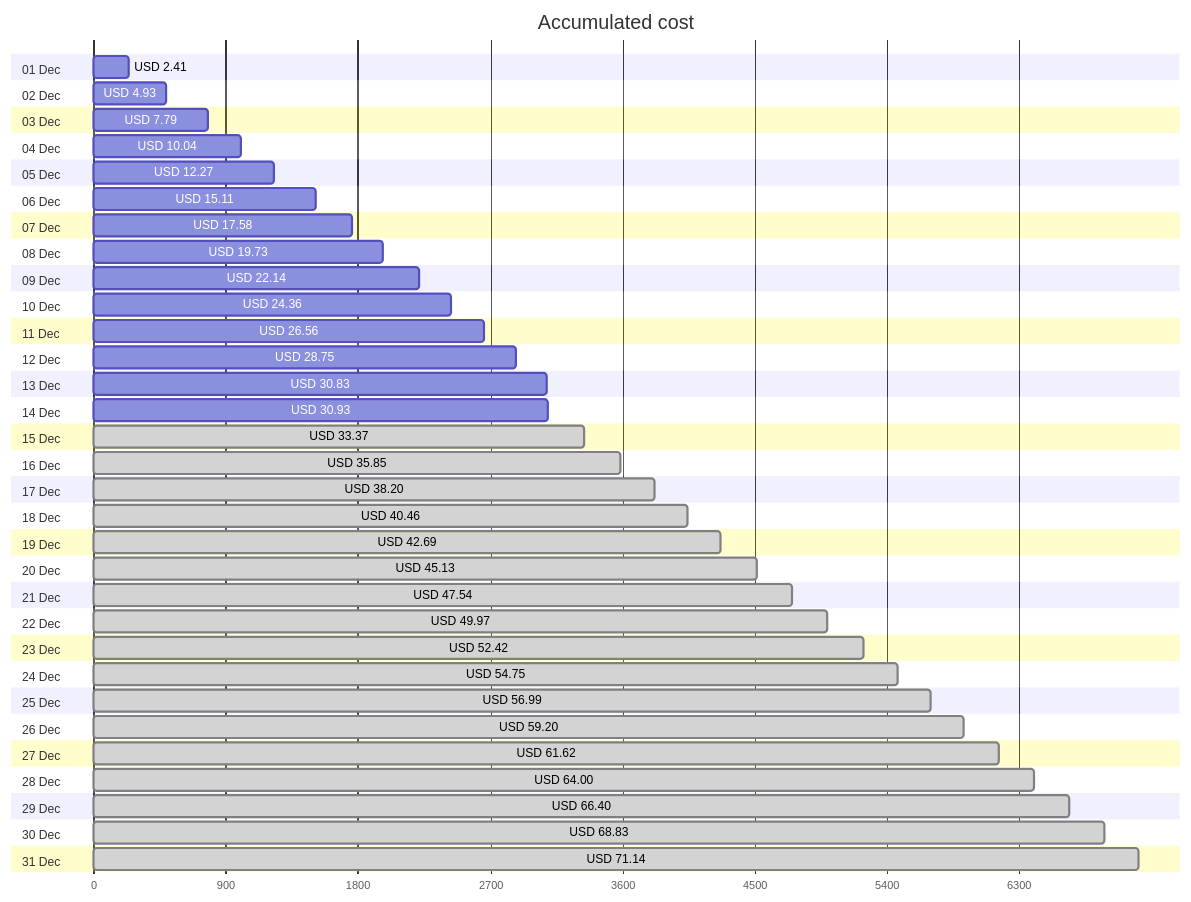
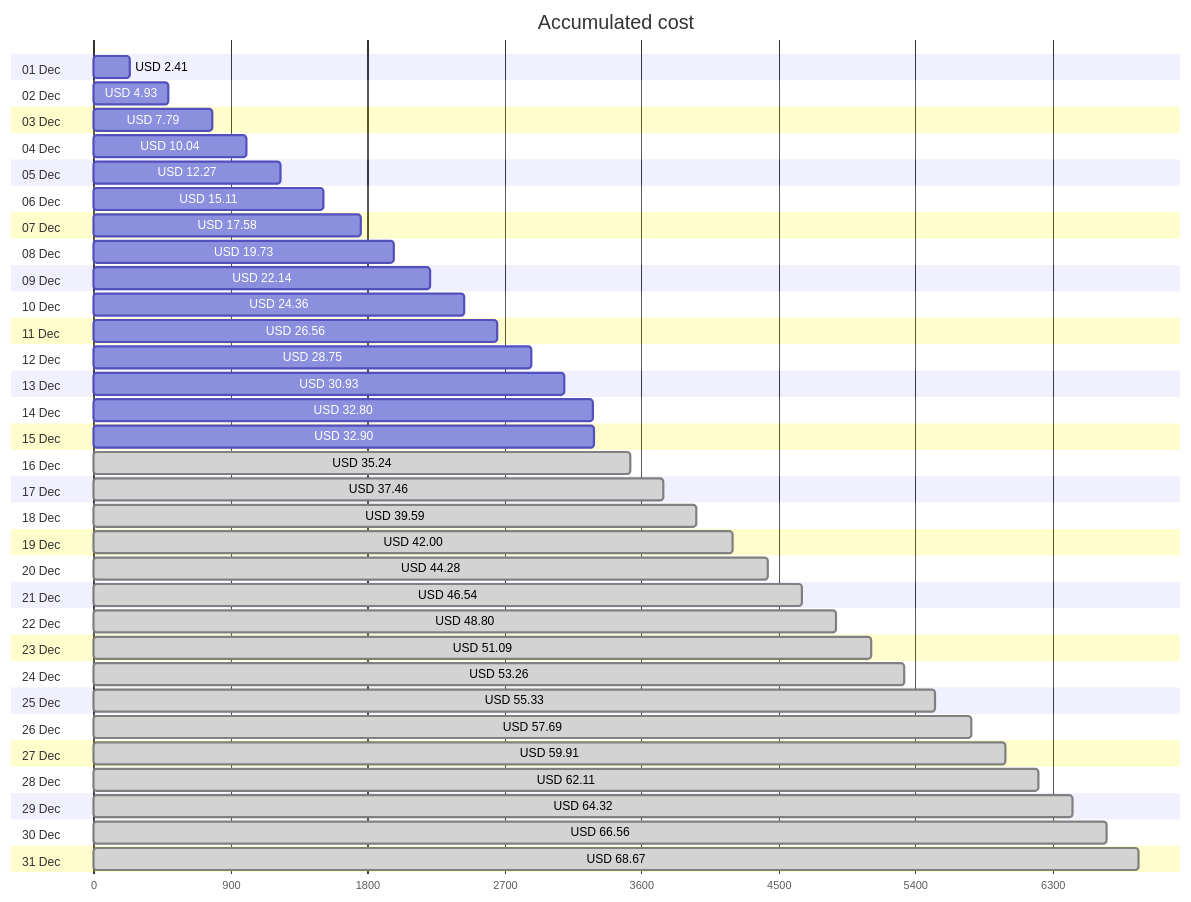
The first of 4 diagrams in cost-reports/accumulated-cost.md (jpfulton/azure-personal-reports), drawn with Mermaid before and after one commit. The commit also changed other lines of this file and 4 other files, not shown here.

````diff
--- a/cost-reports/accumulated-cost.md
+++ b/cost-reports/accumulated-cost.md
@@ -20,68 +20,68 @@
 ```mermaid
 gantt
    title Accumulated cost
    dateFormat  X
    axisFormat %s
    section 01 Dec
    USD 2.41 :0, 241
    section 02 Dec
    USD 4.93 :0, 493
    section 03 Dec
    USD 7.79 :0, 779
    section 04 Dec
    USD 10.04 :0, 1004
    section 05 Dec
    USD 12.27 :0, 1227
    section 06 Dec
    USD 15.11 :0, 1511
    section 07 Dec
    USD 17.58 :0, 1758
    section 08 Dec
    USD 19.73 :0, 1973
    section 09 Dec
    USD 22.14 :0, 2214
    section 10 Dec
    USD 24.36 :0, 2436
    section 11 Dec
    USD 26.56 :0, 2656
    section 12 Dec
    USD 28.75 :0, 2875
    section 13 Dec
-   USD 30.83 :0, 3083
+   USD 30.93 :0, 3093
    section 14 Dec
-   USD 30.93 :0, 3093
+   USD 32.80 :0, 3280
    section 15 Dec
-   USD 33.37 : done, 0, 3337
+   USD 32.90 :0, 3290
    section 16 Dec
-   USD 35.85 : done, 0, 3585
+   USD 35.24 : done, 0, 3524
    section 17 Dec
-   USD 38.20 : done, 0, 3820
+   USD 37.46 : done, 0, 3746
    section 18 Dec
-   USD 40.46 : done, 0, 4046
+   USD 39.59 : done, 0, 3959
    section 19 Dec
-   USD 42.69 : done, 0, 4269
+   USD 42.00 : done, 0, 4200
    section 20 Dec
-   USD 45.13 : done, 0, 4513
+   USD 44.28 : done, 0, 4428
    section 21 Dec
-   USD 47.54 : done, 0, 4754
+   USD 46.54 : done, 0, 4654
    section 22 Dec
-   USD 49.97 : done, 0, 4997
+   USD 48.80 : done, 0, 4880
    section 23 Dec
-   USD 52.42 : done, 0, 5242
+   USD 51.09 : done, 0, 5109
    section 24 Dec
-   USD 54.75 : done, 0, 5475
+   USD 53.26 : done, 0, 5326
    section 25 Dec
-   USD 56.99 : done, 0, 5699
+   USD 55.33 : done, 0, 5533
    section 26 Dec
-   USD 59.20 : done, 0, 5920
+   USD 57.69 : done, 0, 5769
    section 27 Dec
-   USD 61.62 : done, 0, 6162
+   USD 59.91 : done, 0, 5991
    section 28 Dec
-   USD 64.00 : done, 0, 6400
+   USD 62.11 : done, 0, 6211
    section 29 Dec
-   USD 66.40 : done, 0, 6640
+   USD 64.32 : done, 0, 6432
    section 30 Dec
-   USD 68.83 : done, 0, 6883
+   USD 66.56 : done, 0, 6656
    section 31 Dec
-   USD 71.14 : done, 0, 7114
+   USD 68.67 : done, 0, 6867
 ```
````
